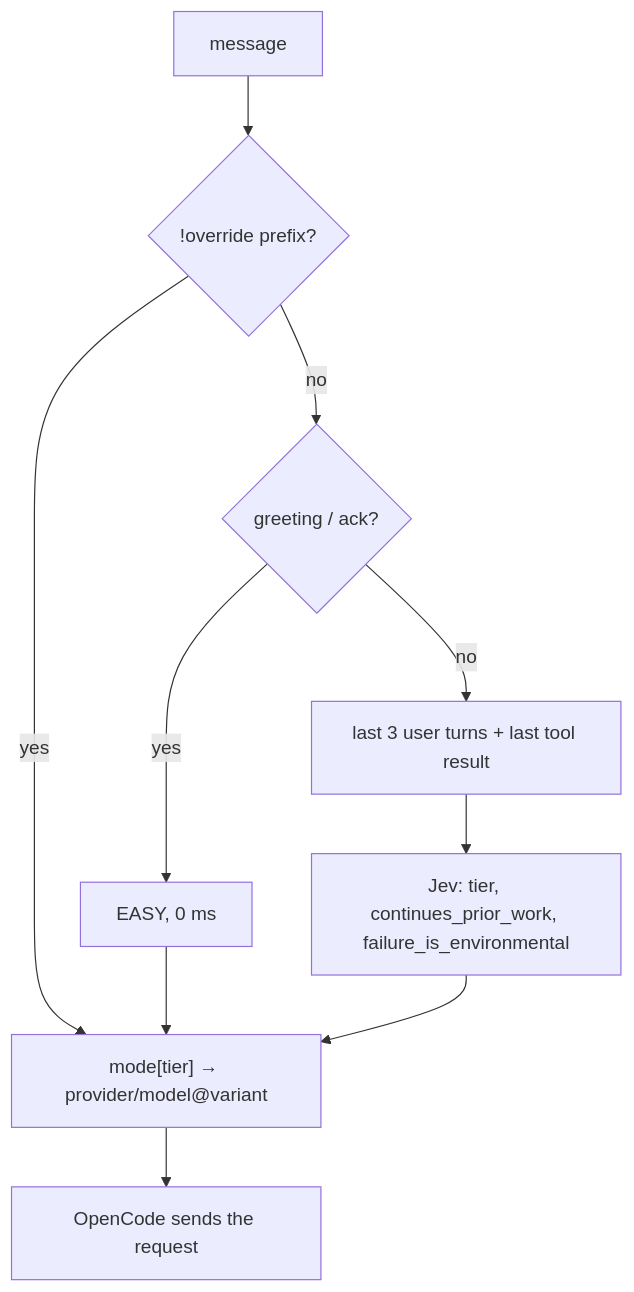
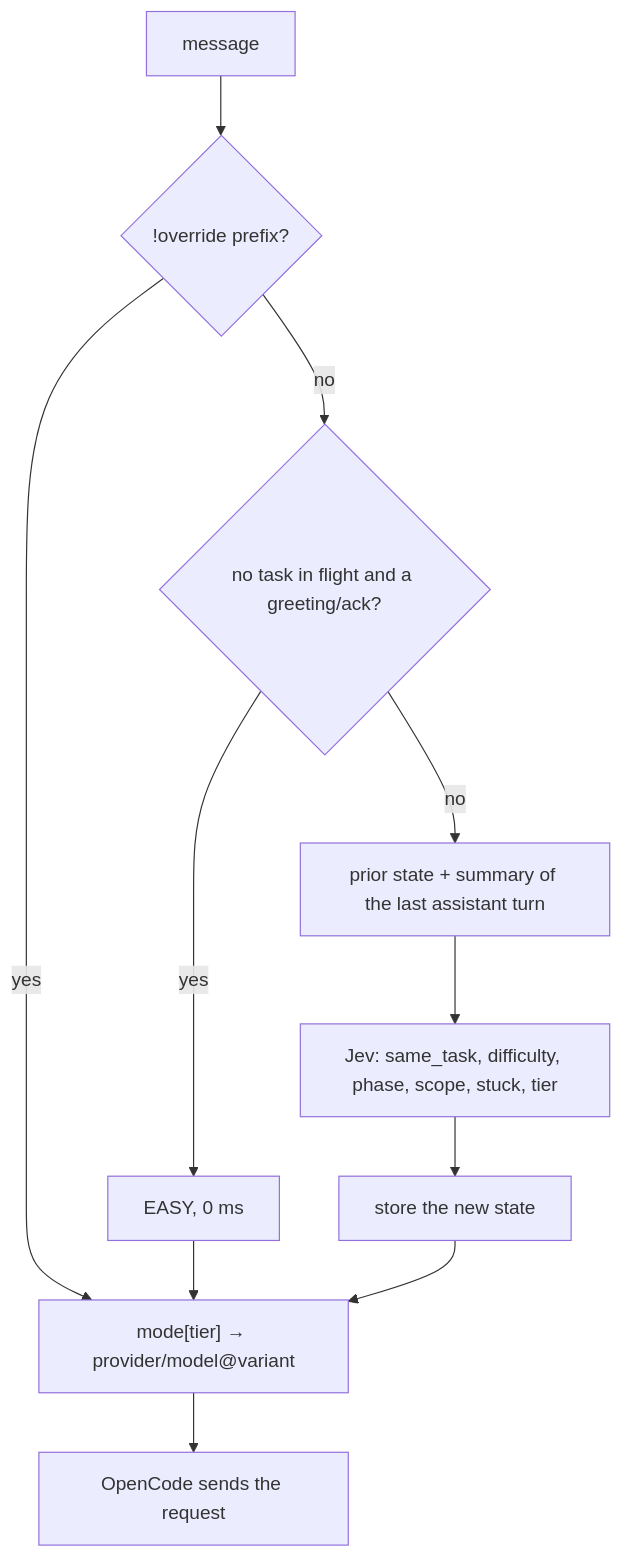
The diagram in README.md (ajaleelp/prompt-demux), drawn with Mermaid before and after one commit. The commit also changed other lines of this file and 1 other file, not shown here.

````diff
--- a/README.md
+++ b/README.md
@@ -160,11 +163,11 @@
 ```mermaid
 flowchart TD
     A["message"] --> B{"!override prefix?"}
     B -- yes --> H
-    B -- no --> C{"greeting / ack?"}
+    B -- no --> C{"no task in flight and a greeting/ack?"}
     C -- yes --> E["EASY, 0 ms"] --> H
-    C -- no --> D["last 3 user turns + last tool result"]
-    D --> F["Jev: tier, continues_prior_work, failure_is_environmental"]
-    F --> H["mode[tier] → provider/model@variant"]
+    C -- no --> D["prior state + summary of the last assistant turn"]
+    D --> F["Jev: same_task, difficulty, phase, scope, stuck, tier"]
+    F --> G["store the new state"] --> H["mode[tier] → provider/model@variant"]
     H --> I["OpenCode sends the request"]
 ```
````
